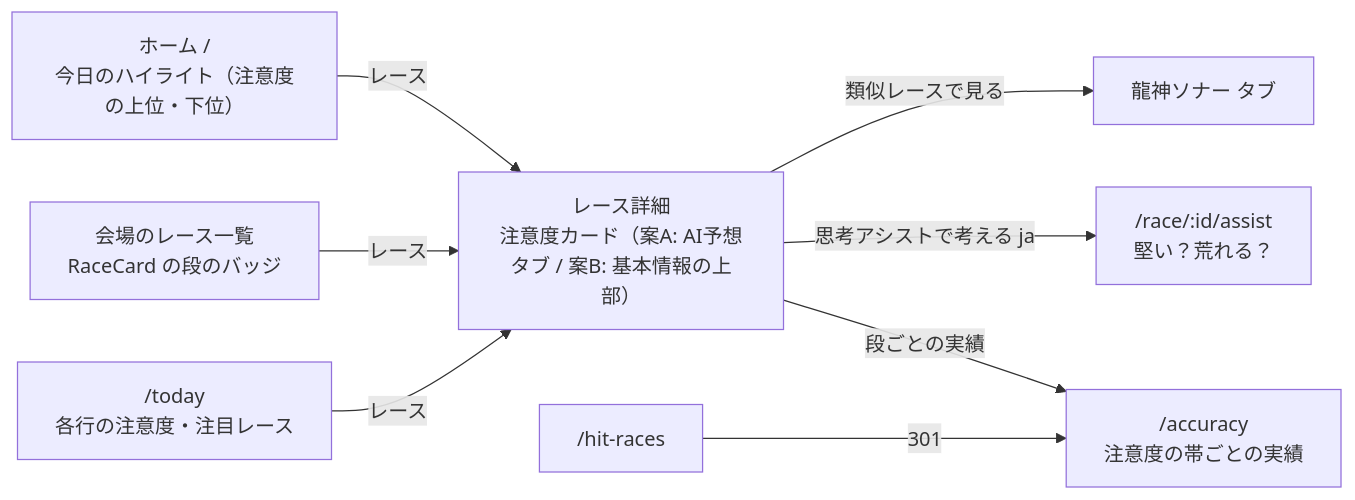
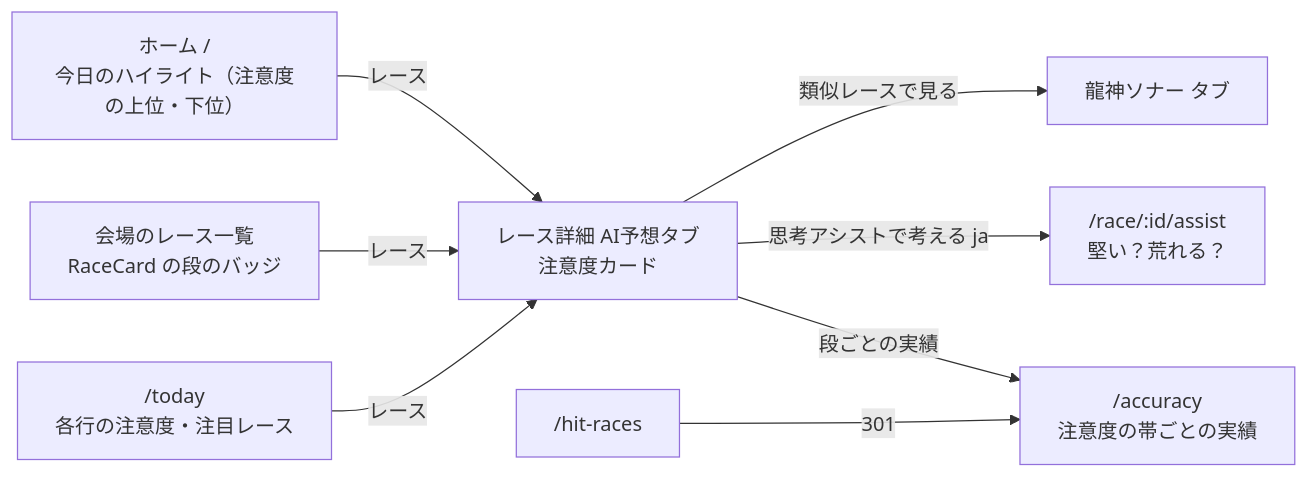
Before and after one commit to rhapsody0919/boatrace-ai-predictor: the diagram in docs/design/in-collapse-caution/screens.md, drawn with Mermaid. The commit also changed other lines of this file and 10 other files, not shown here.

````diff
--- a/docs/design/in-collapse-caution/screens.md
+++ b/docs/design/in-collapse-caution/screens.md
@@ -7,10 +7,10 @@
 ```mermaid
 flowchart LR
   H["ホーム /<br/>今日のハイライト（注意度の上位・下位）"] -->|レース| R
   L["会場のレース一覧<br/>RaceCard の段のバッジ"] -->|レース| R
   T["/today<br/>各行の注意度・注目レース"] -->|レース| R
-  R["レース詳細<br/>注意度カード（案A: AI予想タブ / 案B: 基本情報の上部）"] -->|類似レースで見る| S["龍神ソナー タブ"]
+  R["レース詳細 AI予想タブ<br/>注意度カード"] -->|類似レースで見る| S["龍神ソナー タブ"]
   R -->|思考アシストで考える ja| AS["/race/:id/assist<br/>堅い？荒れる？"]
   R -->|段ごとの実績| AC["/accuracy<br/>注意度の帯ごとの実績"]
   HR["/hit-races"] -->|301| AC
 ```
````
